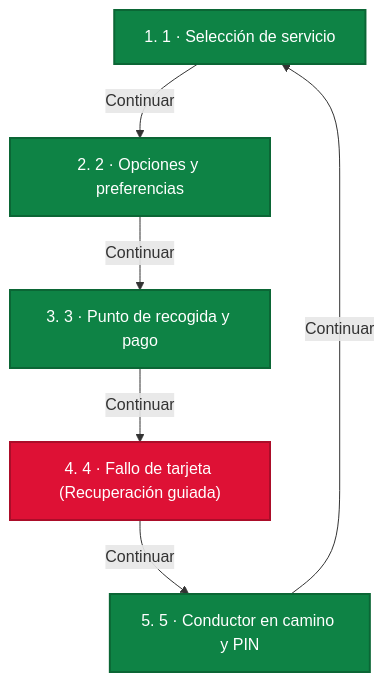
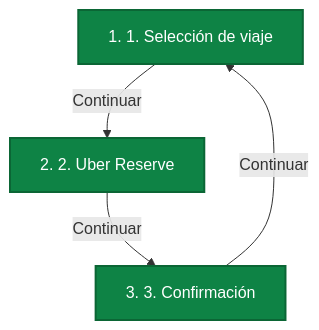
Before and after one commit to omarrazola/Agente-UXUI: the diagram in output/runs/KAN-28/flow.mermaid, drawn with Mermaid. The commit also changed 2 other files, not shown here.

```diff
--- a/output/runs/KAN-28/flow.mermaid
+++ b/output/runs/KAN-28/flow.mermaid
@@ -1,19 +1,13 @@
 flowchart TD
   classDef happy fill:#0E8345,stroke:#0B6635,color:#fff,stroke-width:2px;
   classDef corner fill:#F69E0C,stroke:#C67A00,color:#fff,stroke-width:2px;
   classDef err fill:#DE1135,stroke:#AB0D29,color:#fff,stroke-width:2px;
-  S1["1. 1 · Selección de servicio"]
+  S1["1. 1. Selección de viaje"]
   class S1 happy;
   S1 -->|"Continuar"| S2
-  S2["2. 2 · Opciones y preferencias"]
+  S2["2. 2. Uber Reserve"]
   class S2 happy;
   S2 -->|"Continuar"| S3
-  S3["3. 3 · Punto de recogida y pago"]
+  S3["3. 3. Confirmación"]
   class S3 happy;
-  S3 -->|"Continuar"| S4
-  S4["4. 4 · Fallo de tarjeta (Recuperación guiada)"]
-  class S4 err;
-  S4 -->|"Continuar"| S5
-  S5["5. 5 · Conductor en camino y PIN"]
-  class S5 happy;
-  S5 -->|"Continuar"| S1
+  S3 -->|"Continuar"| S1
```
